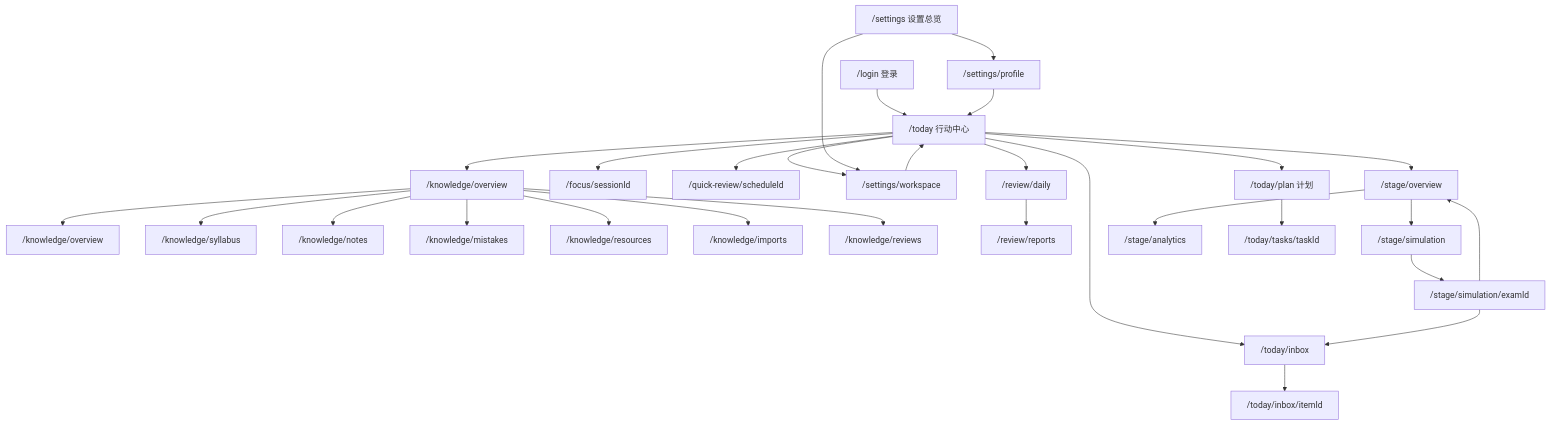
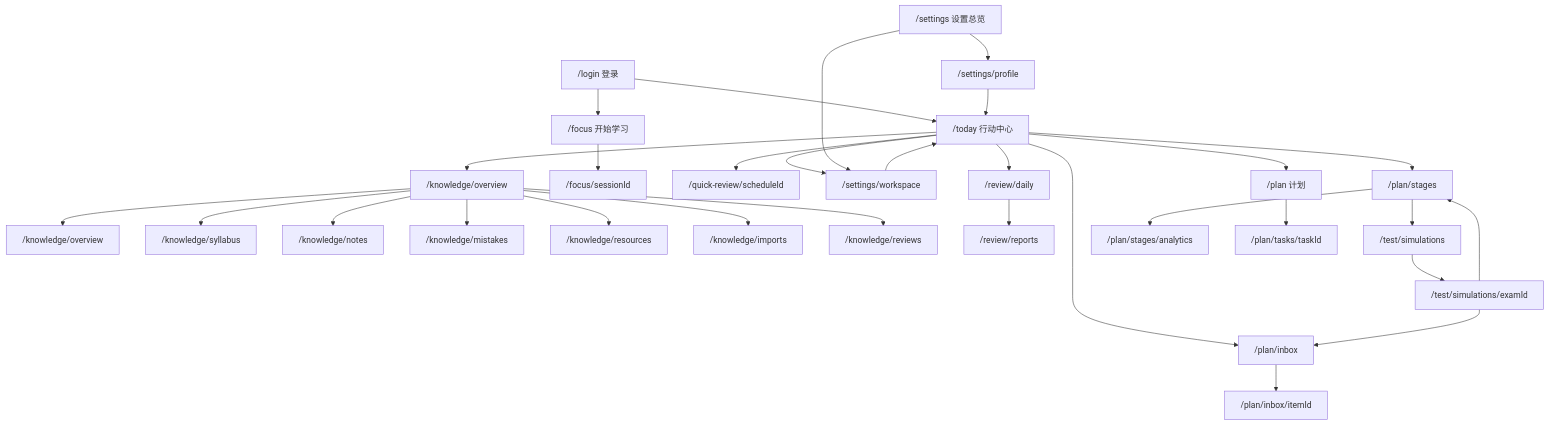
The diagram in docs/ux/site-navigation.md (AreaSong/AreaForge), drawn with Mermaid before and after one commit. The commit also changed other lines of this file and 150 other files, not shown here.

````diff
--- a/docs/ux/site-navigation.md
+++ b/docs/ux/site-navigation.md
@@ -25,31 +25,32 @@
 ```mermaid
 flowchart TB
   login["/login 登录"] --> today["/today 行动中心"]
-  today --> plan["/today/plan 计划"]
-  today --> inbox["/today/inbox"]
-  today --> focus["/focus/sessionId"]
+  login --> focusEntry["/focus 开始学习"]
+  today --> plan["/plan 计划"]
+  today --> inbox["/plan/inbox"]
+  focusEntry --> focus["/focus/sessionId"]
   today --> quickReview["/quick-review/scheduleId"]
   today --> workspace["/settings/workspace"]
   today --> knowledge["/knowledge/overview"]
   knowledge --> overview["/knowledge/overview"]
   knowledge --> syllabus["/knowledge/syllabus"]
   knowledge --> notes["/knowledge/notes"]
   knowledge --> mistakes["/knowledge/mistakes"]
   knowledge --> resources["/knowledge/resources"]
   knowledge --> imports["/knowledge/imports"]
   knowledge --> reviews["/knowledge/reviews"]
   today --> dailyReview["/review/daily"]
   dailyReview --> report["/review/reports"]
-  today --> stage["/stage/overview"]
-  stage --> simulation["/stage/simulation"]
-  simulation --> simulationExam["/stage/simulation/examId"]
+  today --> stage["/plan/stages"]
+  stage --> simulation["/test/simulations"]
+  simulation --> simulationExam["/test/simulations/examId"]
   simulationExam --> inbox
   simulationExam --> stage
-  stage --> analytics["/stage/analytics"]
-  plan --> task["/today/tasks/taskId"]
-  inbox --> inboxItem["/today/inbox/itemId"]
+  stage --> analytics["/plan/stages/analytics"]
+  plan --> task["/plan/tasks/taskId"]
+  inbox --> inboxItem["/plan/inbox/itemId"]
   settings["/settings 设置总览"] --> workspace
   settings --> profile["/settings/profile"]
   workspace --> today
   profile --> today
 ```
````
